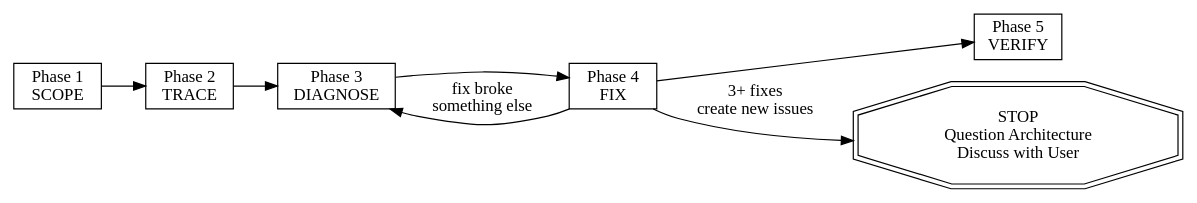
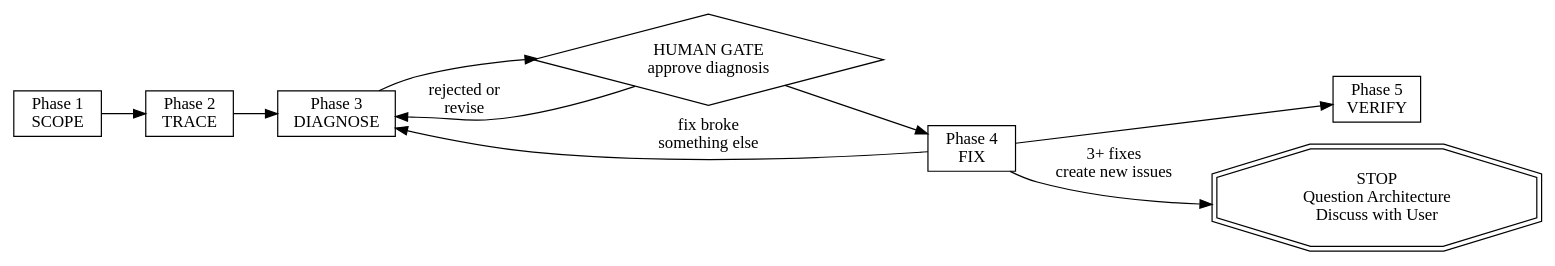
Before and after one commit to ChristianGGJ/agentic-config-hub: the second of 2 diagrams in docs/skills/prompts-quality/focused-fix.md, drawn with Graphviz. The commit also changed other lines of this file and 39 other files, not shown here.

````diff
--- a/docs/skills/prompts-quality/focused-fix.md
+++ b/docs/skills/prompts-quality/focused-fix.md
@@ -59,15 +60,17 @@
 ```dot
 digraph phases {
     rankdir=LR;
     SCOPE [shape=box, label="Phase 1\nSCOPE"];
     TRACE [shape=box, label="Phase 2\nTRACE"];
     DIAGNOSE [shape=box, label="Phase 3\nDIAGNOSE"];
+    GATE [shape=diamond, label="HUMAN GATE\napprove diagnosis"];
     FIX [shape=box, label="Phase 4\nFIX"];
     VERIFY [shape=box, label="Phase 5\nVERIFY"];
 
-    SCOPE -> TRACE -> DIAGNOSE -> FIX -> VERIFY;
+    SCOPE -> TRACE -> DIAGNOSE -> GATE -> FIX -> VERIFY;
+    GATE -> DIAGNOSE [label="rejected or\nrevise"];
     FIX -> DIAGNOSE [label="fix broke\nsomething else"];
     FIX -> ESCALATE [label="3+ fixes\ncreate new issues"];
     ESCALATE [shape=doubleoctagon, label="STOP\nQuestion Architecture\nDiscuss with User"];
 }
 ```
````
